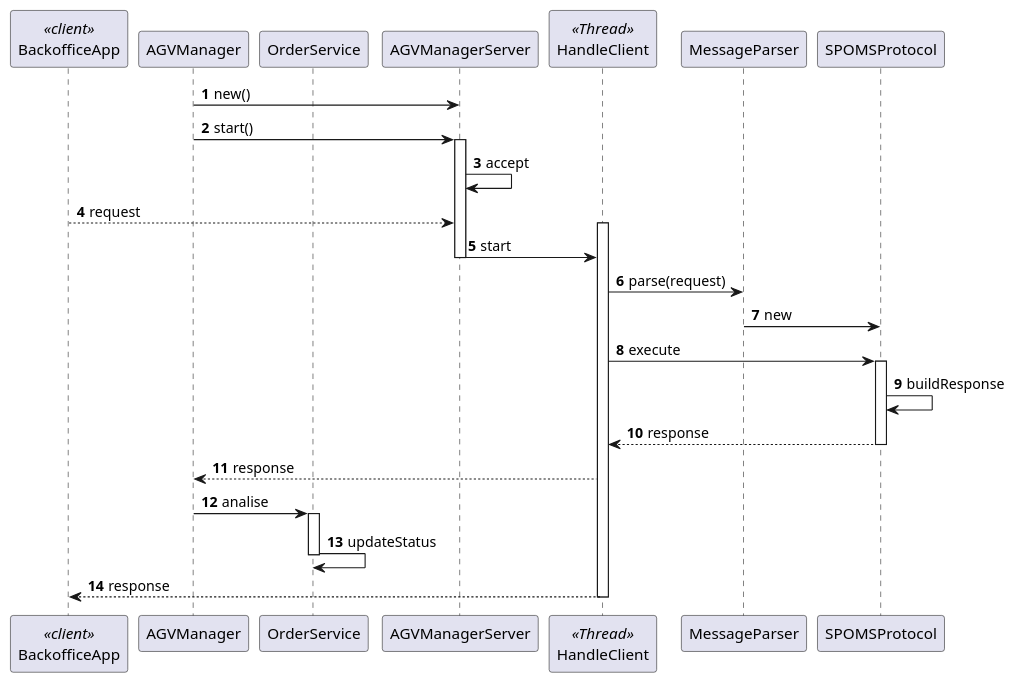
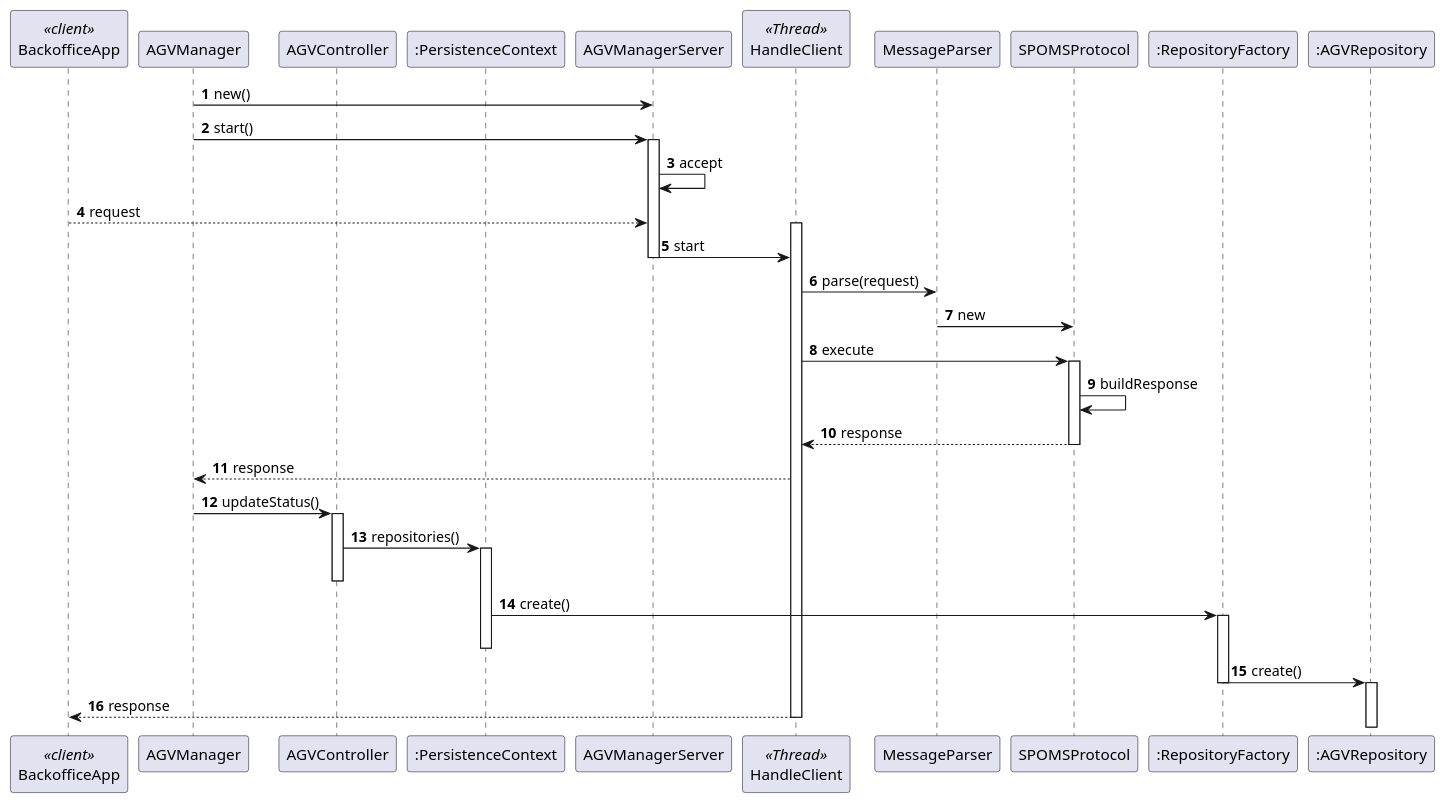
The diagram in docs/Sprint3/US5002/US5002_SD.puml (marttuga/LAPR4-SmartSystems), drawn with PlantUML before and after one commit.

Commit message:
Final correction

```diff
--- a/docs/Sprint3/US5002/US5002_SD.puml
+++ b/docs/Sprint3/US5002/US5002_SD.puml
@@ -1,56 +1,68 @@
 @startuml
 autonumber
 'hide footbox
 
 participant BackofficeApp <<client>>
 participant "AGVManager" as AM
-participant "OrderService" as OS
+participant "AGVController" as OS
+participant ":PersistenceContext" as PC
 participant "AGVManagerServer" as AMS
 participant HandleClient <<Thread>>
 participant "MessageParser" as MP
 participant "SPOMSProtocol" as SP
-
+participant ":RepositoryFactory" as RF
+participant ":AGVRepository" as AGVRepo
 
 AM -> AMS : new()
 
 AM -> AMS : start()
 activate AMS
 
 AMS -> AMS : accept
 
 BackofficeApp --> AMS: request
 activate HandleClient
 
 AMS -> HandleClient : start
 deactivate AMS
 
 HandleClient -> MP : parse(request)
 
 MP -> SP : new
 
 HandleClient -> SP : execute
 activate SP
 
 SP -> SP : buildResponse
 
 SP --> HandleClient : response
 deactivate SP
 
 HandleClient --> AM : response
 
-AM -> OS : analise
+AM -> OS : updateStatus()
 activate OS
 
-OS -> OS : updateStatus
+OS -> PC : repositories()
+activate PC
 deactivate OS
+
+PC -> RF : create()
+activate RF
+deactivate PC
+
+RF -> AGVRepo : create()
+deactivate RF
+activate AGVRepo
+
 
 HandleClient --> BackofficeApp : response
 deactivate HandleClient
 
 
 
 
 
 
 
 @enduml
```
